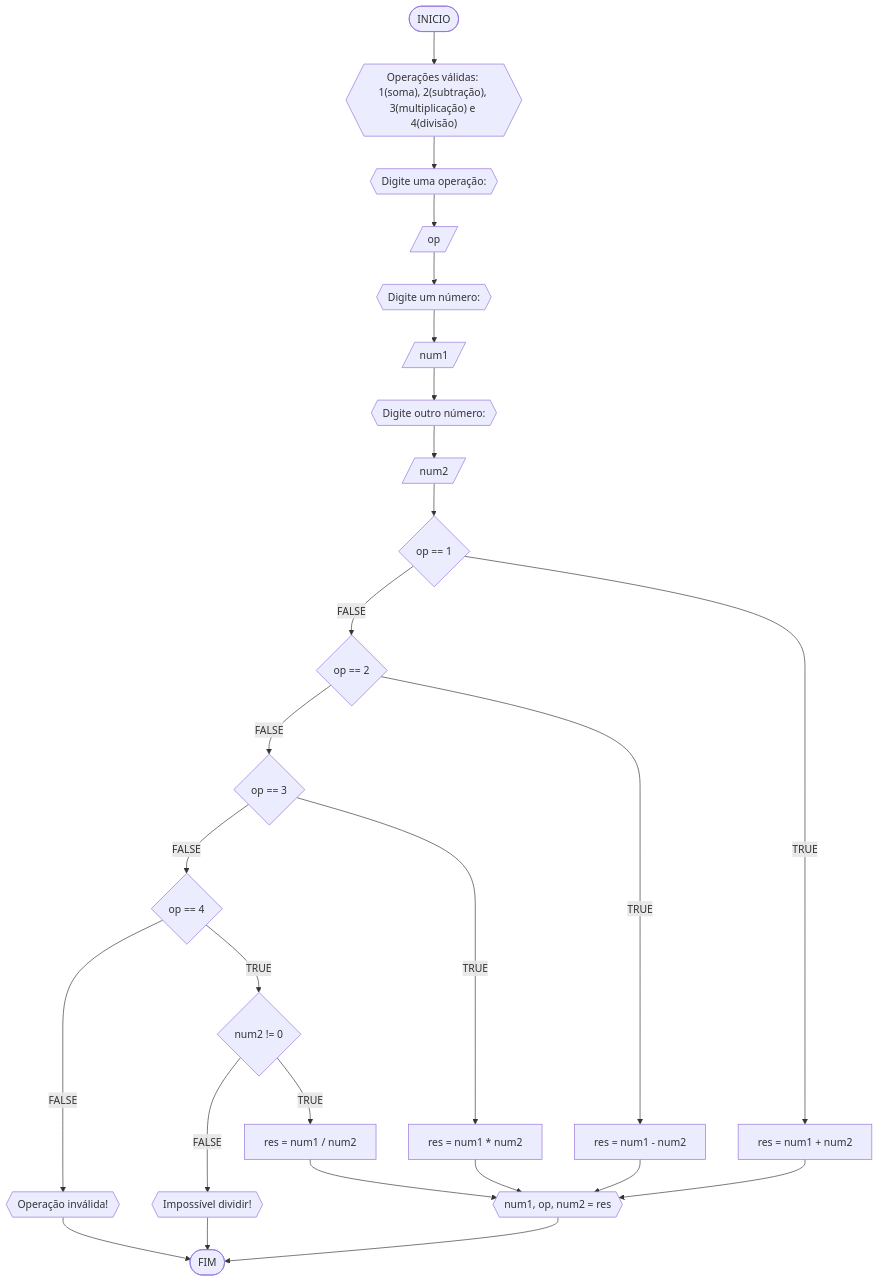
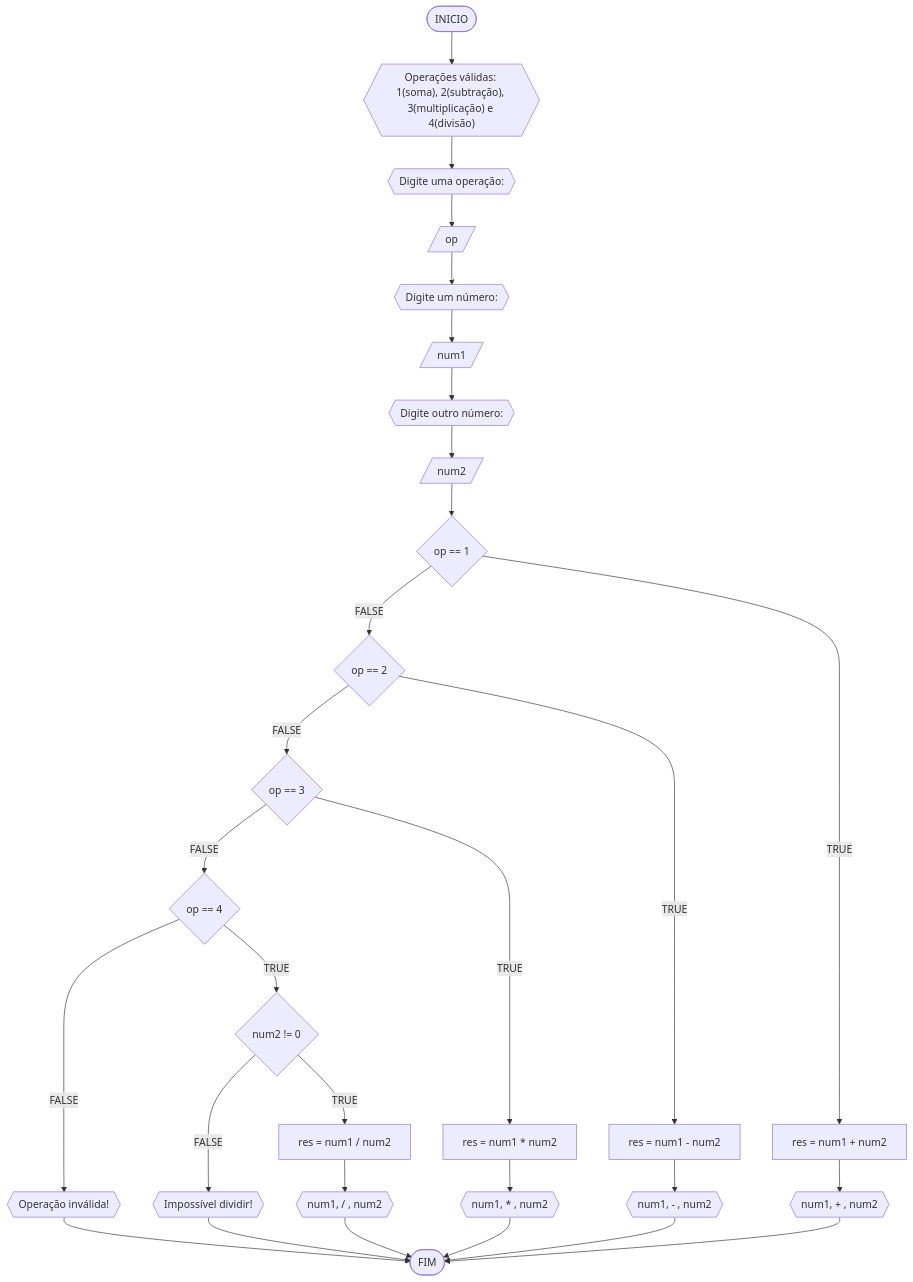
One commit to carubbi/unifor changed the fourth of 5 diagrams in RLA/unidade1/lista2.md. Above: the diagram before and after it, drawn with Mermaid. The commit also changed other lines of this file, not shown here.

````diff
--- a/RLA/unidade1/lista2.md
+++ b/RLA/unidade1/lista2.md
@@ -133,28 +135,31 @@
 ```mermaid
 flowchart TD
 A([INICIO]) --> B{{"Operações válidas: 1(soma), 2(subtração), 3(multiplicação) e 4(divisão)"}}
-B --> C{{"Digite uma operação:"}}
+B --> C{{Digite uma operação:}}
 C --> D[/op/]
-D --> E{{"Digite um número:"}}
+D --> E{{Digite um número:}}
 E --> F[/num1/]
 F --> G{{Digite outro número:}}
 G --> H[/num2/]
 H --> I{op == 1}
 I --FALSE--> J{op == 2}
 J --FALSE--> L{op == 3}
 L --FALSE--> O{op == 4}
 O --FALSE--> Q{{Operação inválida!}}
 Q --> R([FIM])
 I --TRUE--> M[res = num1 + num2]
+M --> S{{num1, + , num2}}
 J --TRUE--> K[res = num1 - num2]
+K --> T{{num1, - , num2}}
 L --TRUE--> N[res = num1 * num2]
-O --TRUE-->P{num2 != 0}
+N --> U{{num1, * , num2}}
+O --TRUE--> P{num2 != 0}
 P --FALSE--> X{{Impossível dividir!}}
-P --TRUE--> T[res = num1 / num2]
-T --> U{{num1, op, num2 = res}}
+P --TRUE--> Z[res = num1 / num2]
+Z --> V{{num1, / , num2}}
+X --> R
+S --> R
+T --> R
 U --> R
-X --> R
-M --> U
-K --> U
-N --> U
+V --> R
 ```
````
